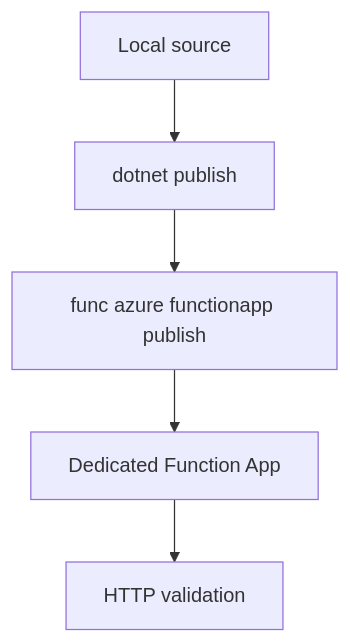
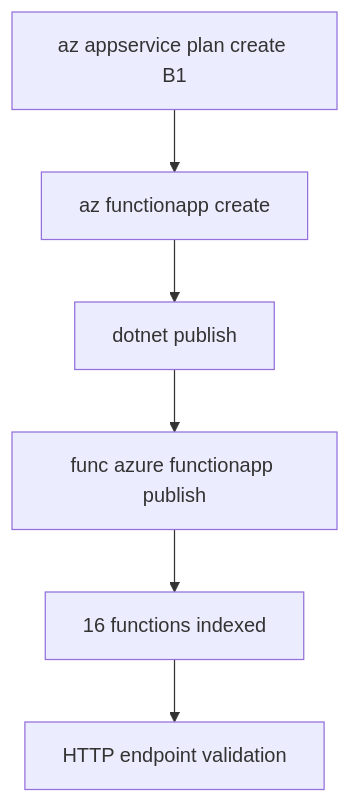
One commit to yeongseon/azure-functions-practical-guide changed the diagram in docs/language-guides/dotnet/tutorial/dedicated/02-first-deploy.md. Above: the diagram before and after it, drawn with Mermaid. The commit also changed other lines of this file and 7 other files, not shown here.

````diff
--- a/docs/language-guides/dotnet/tutorial/dedicated/02-first-deploy.md
+++ b/docs/language-guides/dotnet/tutorial/dedicated/02-first-deploy.md
@@ -77,7 +34,8 @@
 ```mermaid
 flowchart TD
-    A[Local source] --> B[dotnet publish]
-    B --> C[func azure functionapp publish]
-    C --> D[Dedicated Function App]
-    D --> E[HTTP validation]
+    A["az appservice plan create B1"] --> B[az functionapp create]
+    B --> C[dotnet publish]
+    C --> D[func azure functionapp publish]
+    D --> E[16 functions indexed]
+    E --> F[HTTP endpoint validation]
 ```
````
